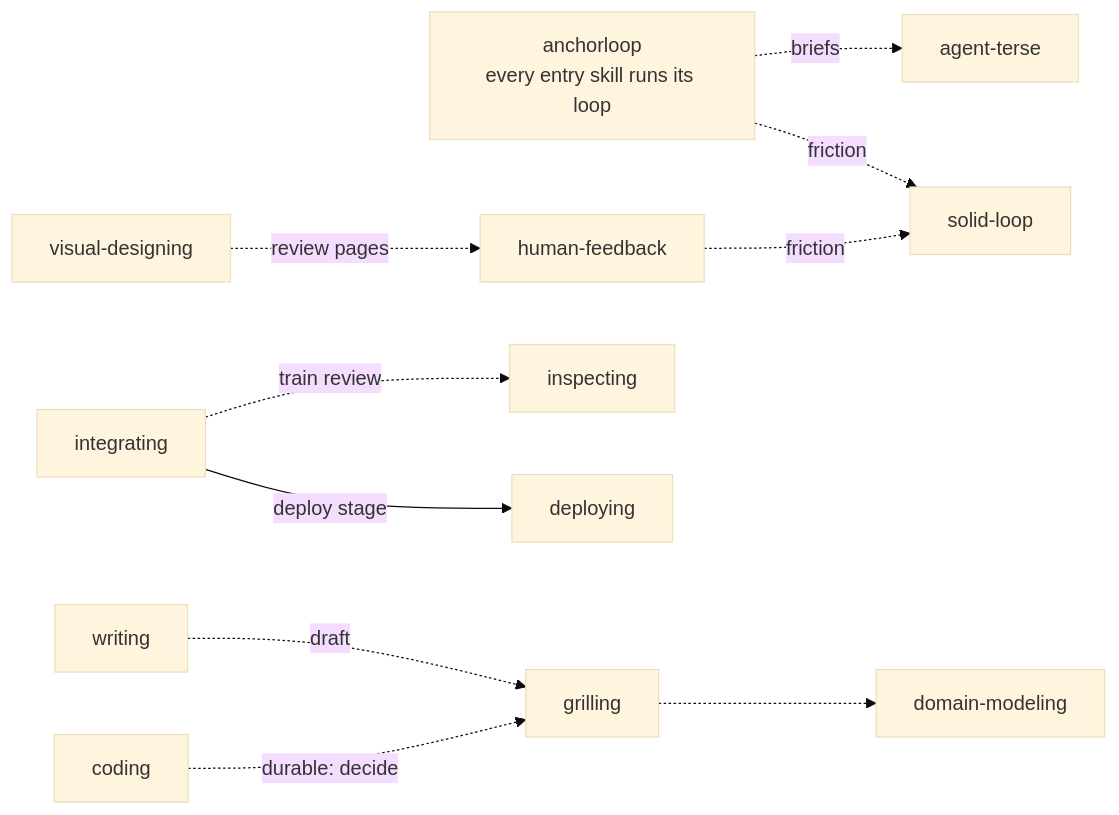
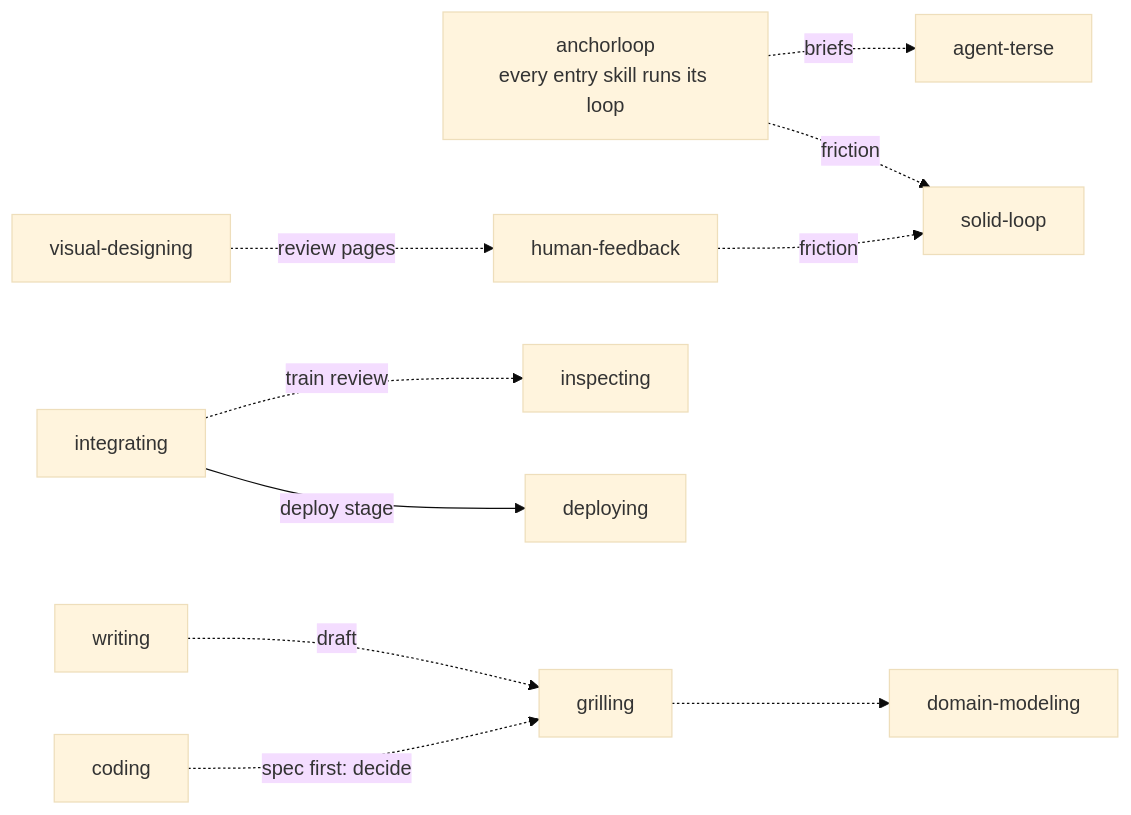
Before and after one commit to wayne930242/anchorloop: the diagram in site/src/content/docs/guide/skills.md, drawn with Mermaid (base theme). The commit also changed other lines of this file and 250 other files, not shown here.

````diff
--- a/site/src/content/docs/guide/skills.md
+++ b/site/src/content/docs/guide/skills.md
@@ -29,13 +29,13 @@
 ```mermaid
 flowchart LR
   loop["anchorloop<br/>every entry skill runs its loop"]
   loop -.->|"friction"| solid["solid-loop"]
   loop -.->|"briefs"| terse["agent-terse"]
   integrating -->|"deploy stage"| deploying
   integrating -.->|"train review"| inspecting
-  coding -.->|"durable: decide"| grilling
+  coding -.->|"spec first: decide"| grilling
   writing -.->|"draft"| grilling
   grilling -.-> domain["domain-modeling"]
   visual["visual-designing"] -.->|"review pages"| feedback["human-feedback"]
   feedback -.->|"friction"| solid
 ```
````
